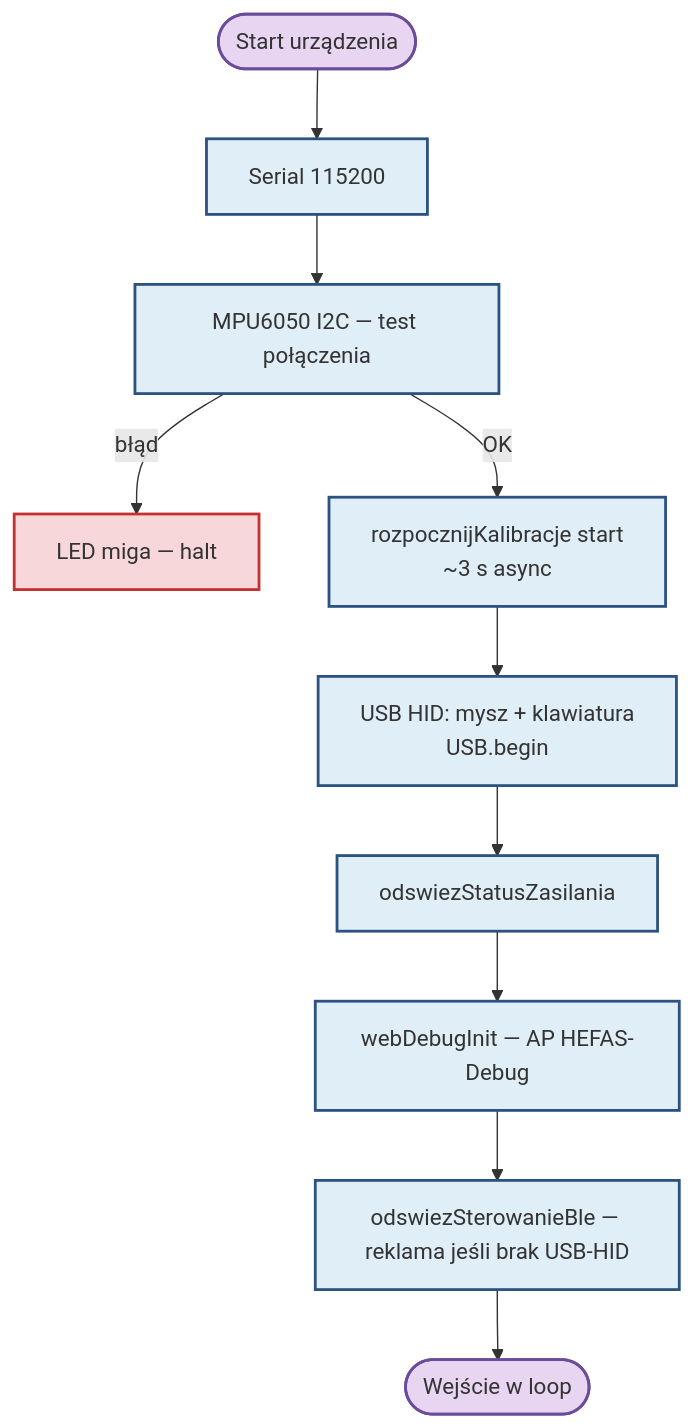
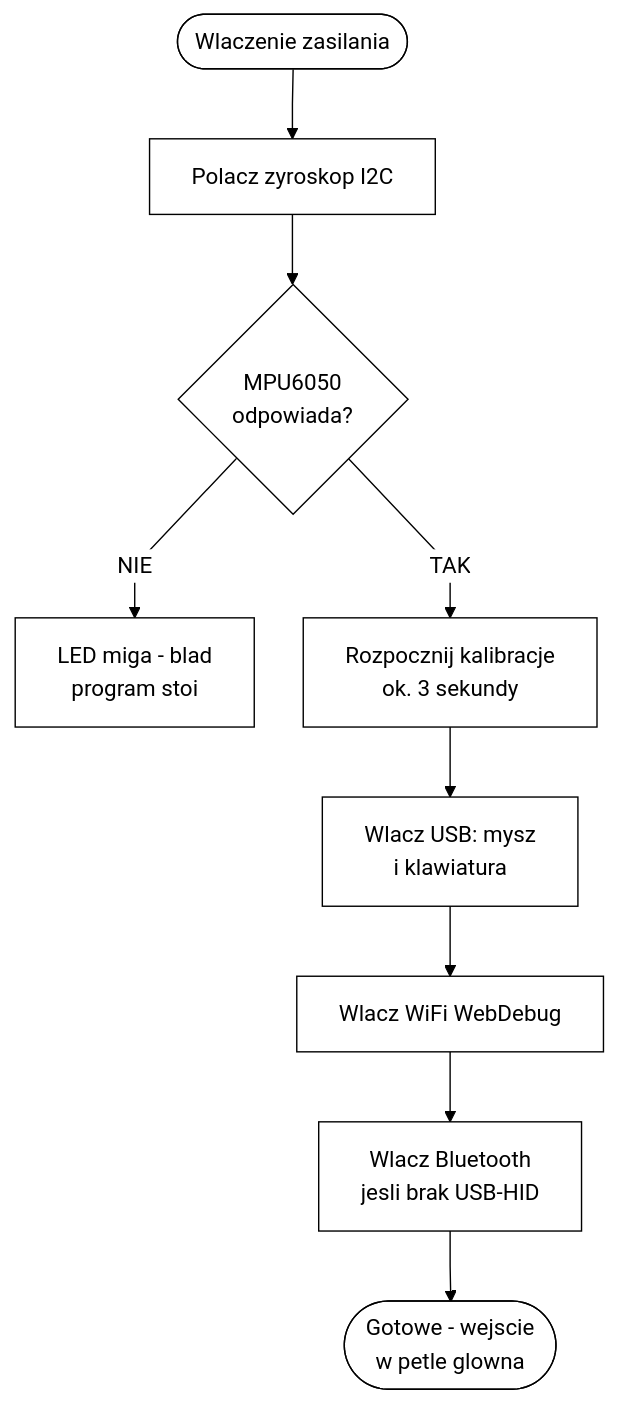
One commit to bartkadres-ai/HEFAS-4.0 changed the second of 11 diagrams in README.md. Above: the diagram before and after it, drawn with Mermaid. The commit also changed other lines of this file, not shown here.

````diff
--- a/README.md
+++ b/README.md
@@ -323,19 +327,12 @@
 ```mermaid
+%%{init: {'theme':'base','themeVariables':{'background':'#ffffff','mainBkg':'#ffffff','primaryColor':'#ffffff','primaryTextColor':'#000000','primaryBorderColor':'#000000','lineColor':'#000000','edgeLabelBackground':'#ffffff'},'flowchart':{'curve':'linear','nodeSpacing':35,'rankSpacing':50}}}%%
 flowchart TD
-    S([Start urządzenia]) --> SER[Serial 115200]
-    SER --> I2C[MPU6050 I2C — test połączenia]
-    I2C -->|błąd| BLINK[LED miga — halt]
-    I2C -->|OK| KAL0["rozpocznijKalibracje start<br/>~3 s async"]
-    KAL0 --> USB["USB HID: mysz + klawiatura<br/>USB.begin"]
-    USB --> ZAS0[odswiezStatusZasilania]
-    ZAS0 --> WD[webDebugInit — AP HEFAS-Debug]
-    WD --> BLE0[odswiezSterowanieBle — reklama jeśli brak USB-HID]
-    BLE0 --> E([Wejście w loop])
-
-    classDef start fill:#e8d5f2,stroke:#6b4c9a,stroke-width:2px
-    classDef proc fill:#dfeef7,stroke:#2c5282,stroke-width:2px
-    classDef bad fill:#f8d7da,stroke:#c53030,stroke-width:2px
-    class S,E start
-    class SER,I2C,KAL0,USB,ZAS0,WD,BLE0 proc
-    class BLINK bad
+    S([Wlaczenie zasilania]) --> I2C[Polacz zyroskop I2C]
+    I2C --> T1{MPU6050<br/>odpowiada?}
+    T1 -->|NIE| ERR[LED miga - blad<br/>program stoi]
+    T1 -->|TAK| KAL[Rozpocznij kalibracje<br/>ok. 3 sekundy]
+    KAL --> USB[Wlacz USB: mysz<br/>i klawiatura]
+    USB --> WD[Wlacz WiFi WebDebug]
+    WD --> BLE[Wlacz Bluetooth<br/>jesli brak USB-HID]
+    BLE --> E([Gotowe - wejscie<br/>w petle glowna])
 ```
````
